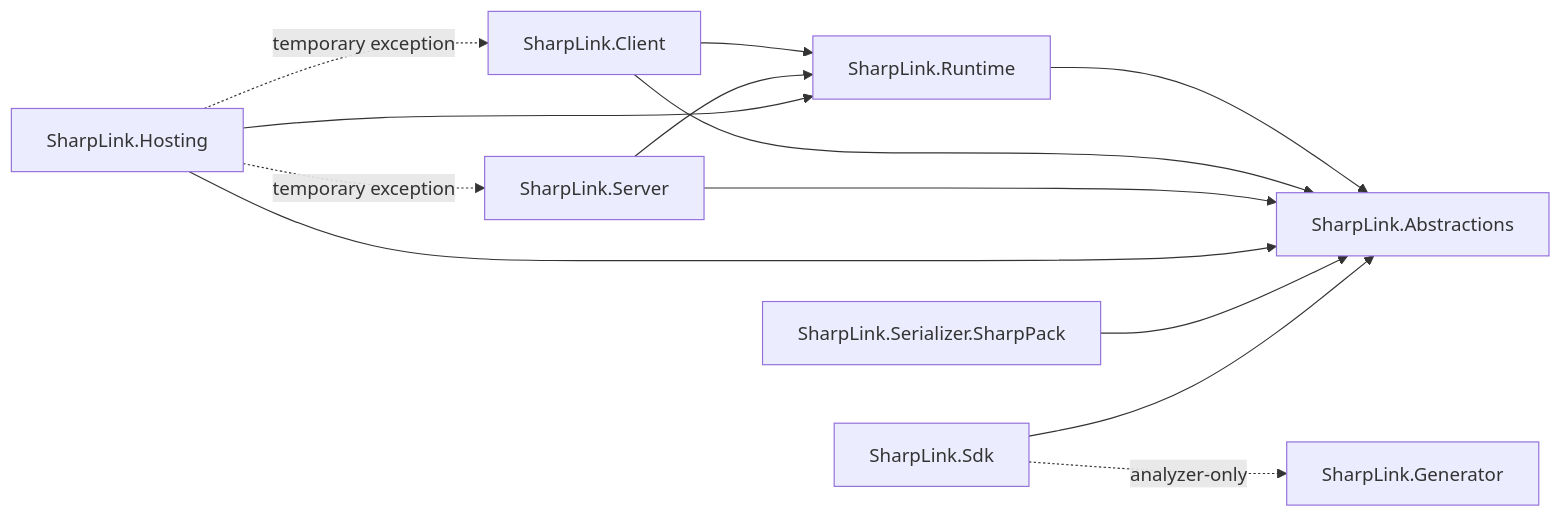
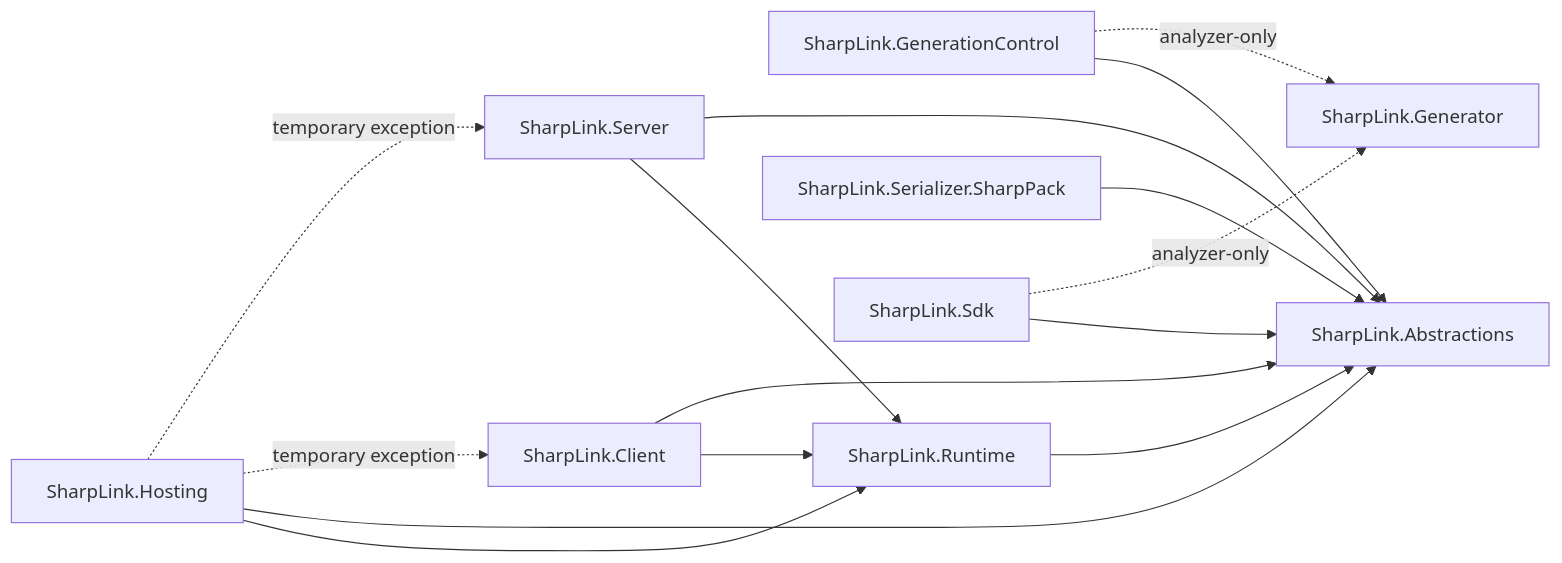
Before and after one commit to SunSi12138/SharpLink: the diagram in doc/architecture.md, drawn with Mermaid. The commit also changed other lines of this file and 21 other files, not shown here.

Commit message:
feat: add generation control extension

````diff
--- a/doc/architecture.md
+++ b/doc/architecture.md
@@ -22,15 +22,17 @@
 ```mermaid
 graph LR
+    GenerationControl[SharpLink.GenerationControl] --> Abstractions[SharpLink.Abstractions]
+    GenerationControl -. analyzer-only .-> Generator[SharpLink.Generator]
     Runtime[SharpLink.Runtime] --> Abstractions[SharpLink.Abstractions]
     Client[SharpLink.Client] --> Runtime
     Client --> Abstractions
     Server[SharpLink.Server] --> Runtime
     Server --> Abstractions
     Hosting[SharpLink.Hosting] --> Runtime
     Hosting --> Abstractions
     Serializer[SharpLink.Serializer.SharpPack] --> Abstractions
     Sdk[SharpLink.Sdk] --> Abstractions
     Sdk -. analyzer-only .-> Generator[SharpLink.Generator]
     Hosting -. temporary exception .-> Client
     Hosting -. temporary exception .-> Server
 ```
````
